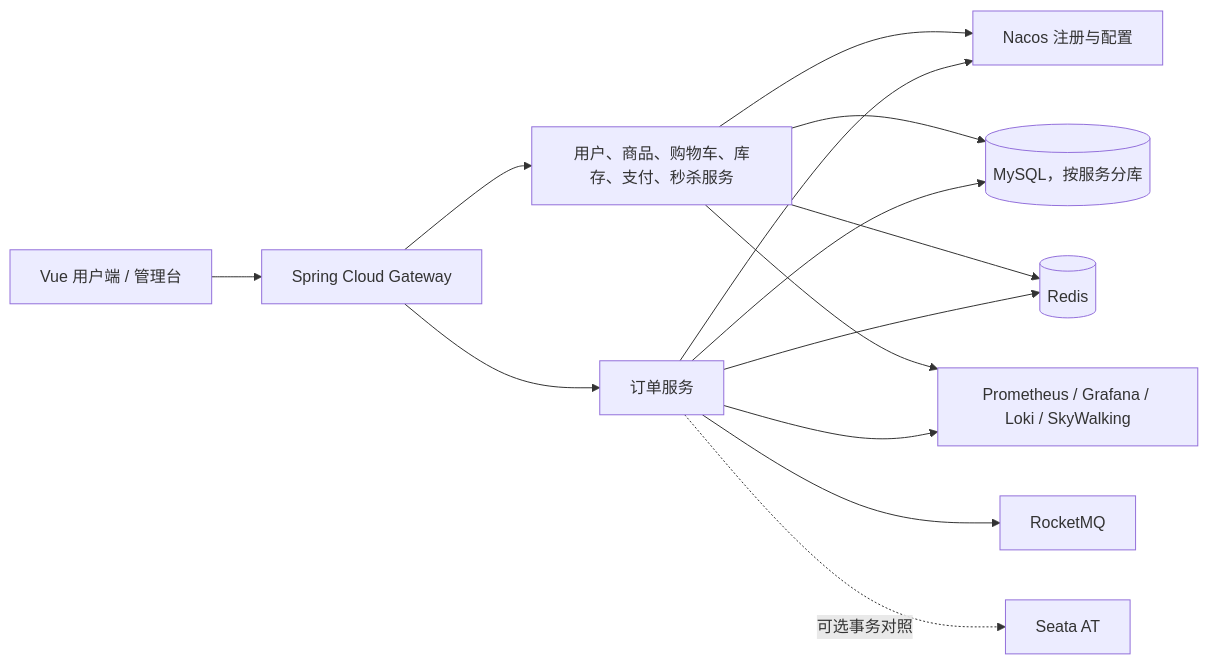
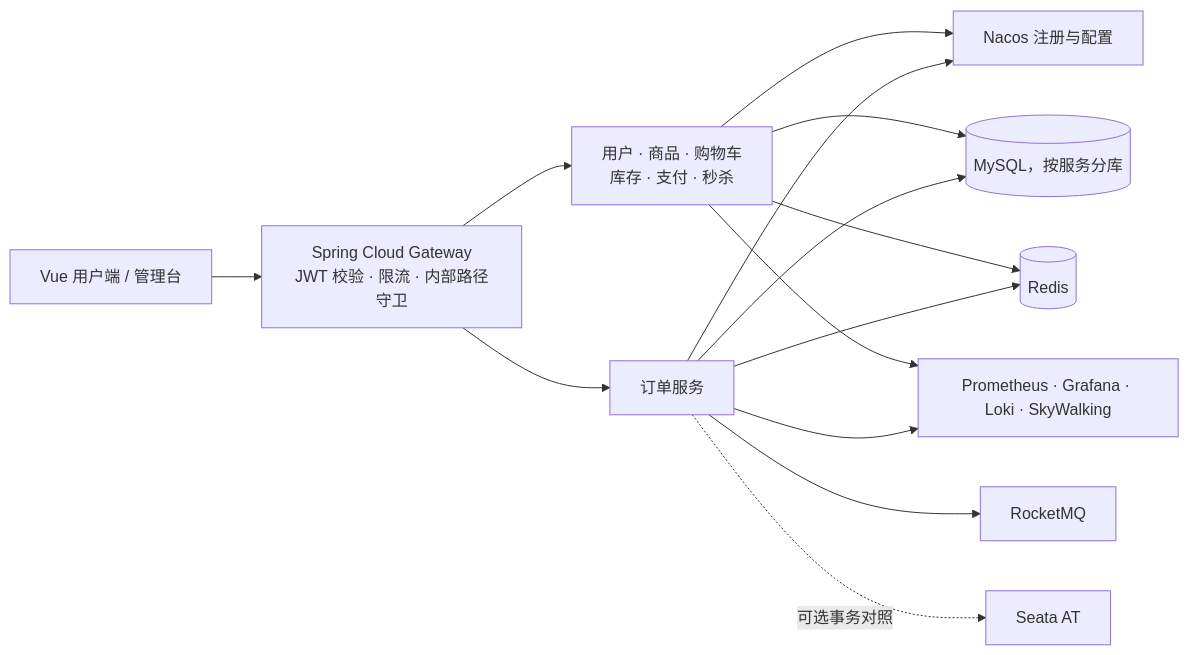
Before and after one commit to zeng-bohan/aurora-mall: the diagram in README.md, drawn with Mermaid. The commit also changed other lines of this file and 5 other files, not shown here.

```diff
--- a/README.md
+++ b/README.md
@@ -29,16 +48,16 @@
 ~~~mermaid
 flowchart LR
-    Web[Vue 用户端 / 管理台] --> GW[Spring Cloud Gateway]
-    GW --> S[用户、商品、购物车、库存、支付、秒杀服务]
+    Web[Vue 用户端 / 管理台] --> GW[Spring Cloud Gateway<br/>JWT 校验 · 限流 · 内部路径守卫]
+    GW --> S[用户 · 商品 · 购物车<br/>库存 · 支付 · 秒杀]
     GW --> O[订单服务]
     S --> N[Nacos 注册与配置]
     O --> N
     S --> DB[(MySQL，按服务分库)]
     O --> DB
     S --> R[(Redis)]
     O --> R
     O --> MQ[RocketMQ]
     O -. 可选事务对照 .-> SEATA[Seata AT]
-    S --> OBS[Prometheus / Grafana / Loki / SkyWalking]
+    S --> OBS[Prometheus · Grafana · Loki · SkyWalking]
     O --> OBS
 ~~~
```
